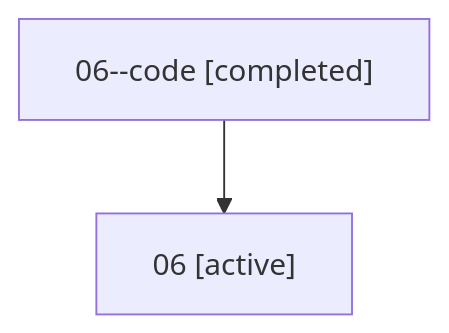
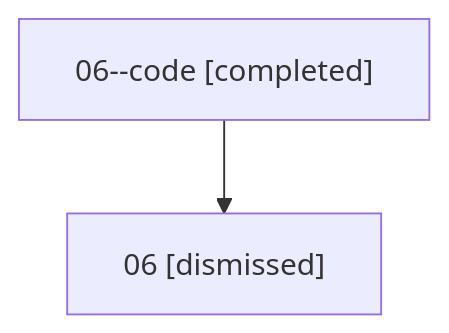
One commit to sase-org/sase--agents changed the diagram in sessions/bbugyi200.athena.06.md. Above: the diagram before and after it, drawn with Mermaid. The commit also changed other lines of this file and 41 other files, not shown here.

````diff
--- a/sessions/bbugyi200.athena.06.md
+++ b/sessions/bbugyi200.athena.06.md
@@ -9,6 +9,6 @@
 ```mermaid
 flowchart TD
   n0["06--code [completed]"]
-  n1["06 [active]"]
+  n1["06 [dismissed]"]
   n0 --> n1
 ```
````
